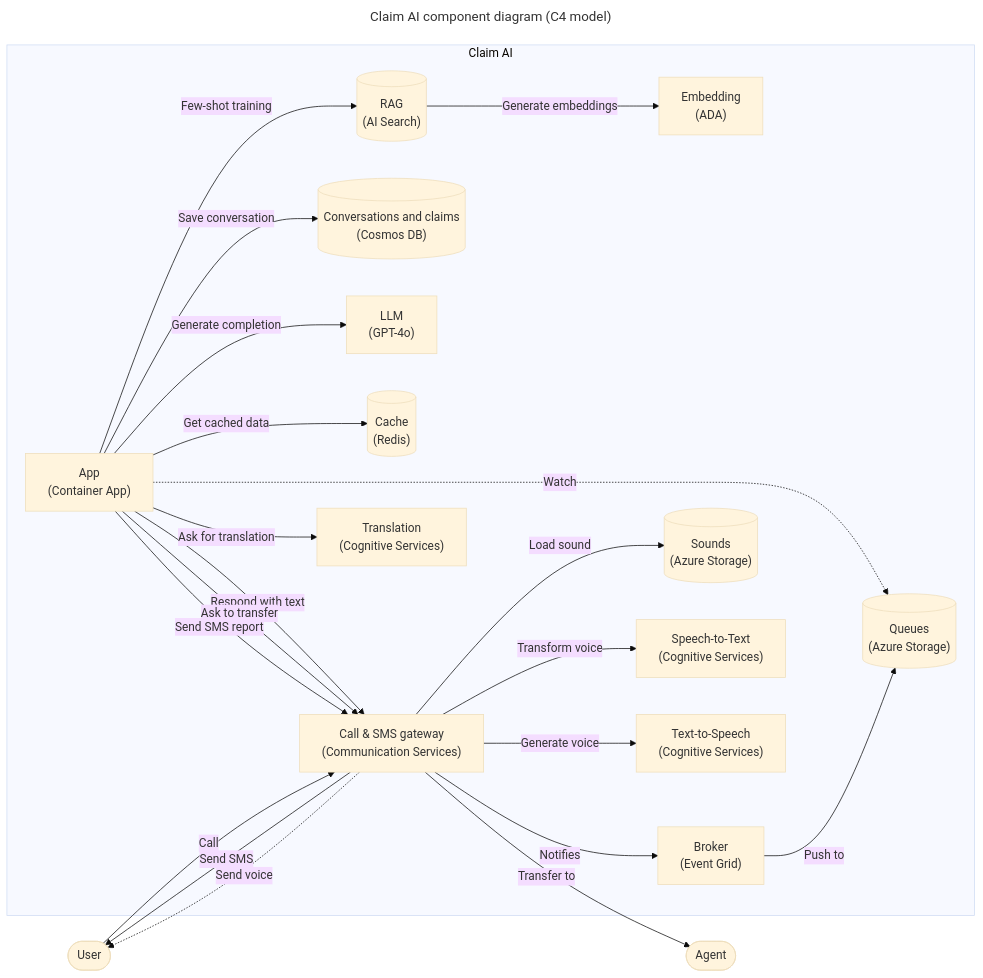
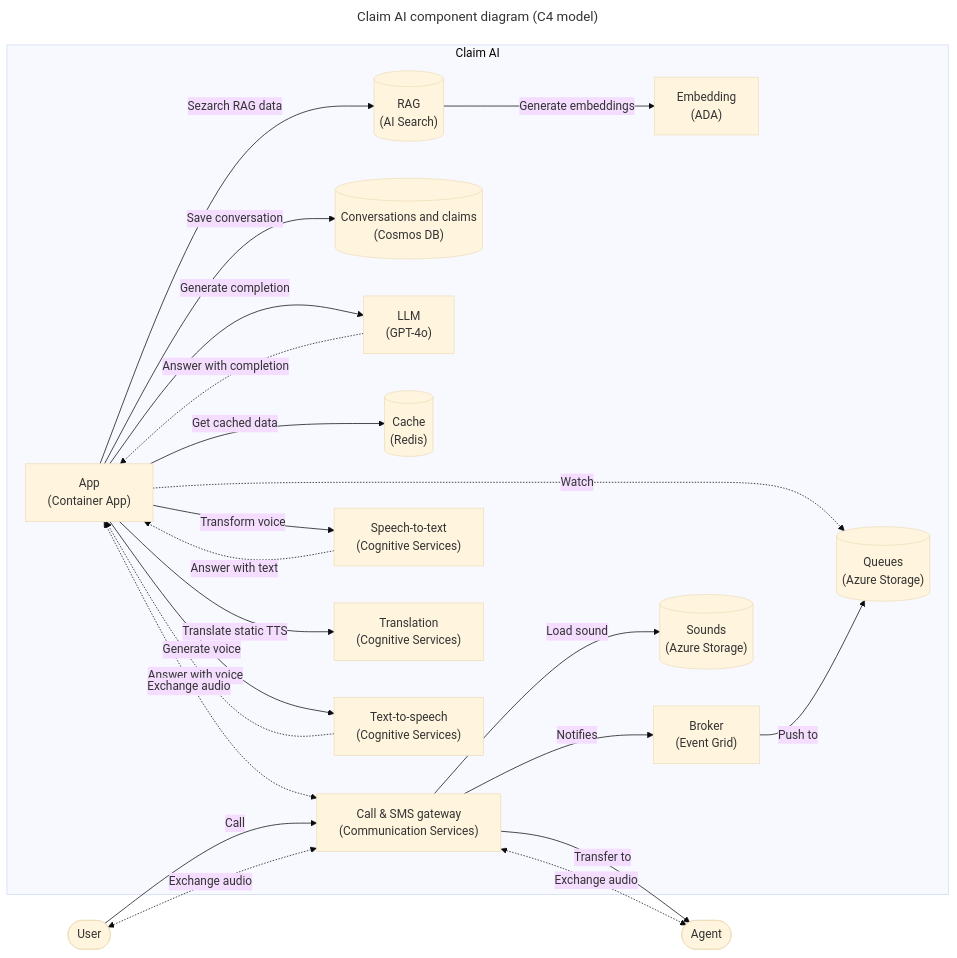
One commit to microsoft/call-center-ai changed the second of 2 diagrams in README.md. Above: the diagram before and after it, drawn with Mermaid (base theme). The commit also changed other lines of this file and 13 other files, not shown here.

Commit message:
perf: Use realtime TTS to lower answer latency

````diff
--- a/README.md
+++ b/README.md
@@ -172,48 +172,49 @@
 ```mermaid
 ---
 title: Claim AI component diagram (C4 model)
 ---
 graph LR
   agent(["Agent"])
   user(["User"])
 
   subgraph "Claim AI"
     ada["Embedding<br>(ADA)"]
     app["App<br>(Container App)"]
     communication_services["Call & SMS gateway<br>(Communication Services)"]
     db[("Conversations and claims<br>(Cosmos DB)")]
     eventgrid["Broker<br>(Event Grid)"]
     gpt["LLM<br>(GPT-4o)"]
     queues[("Queues<br>(Azure Storage)")]
     redis[("Cache<br>(Redis)")]
     search[("RAG<br>(AI Search)")]
     sounds[("Sounds<br>(Azure Storage)")]
-    sst["Speech-to-Text<br>(Cognitive Services)"]
+    sst["Speech-to-text<br>(Cognitive Services)"]
     translation["Translation<br>(Cognitive Services)"]
-    tts["Text-to-Speech<br>(Cognitive Services)"]
+    tts["Text-to-speech<br>(Cognitive Services)"]
   end
 
-  app -- Respond with text --> communication_services
-  app -- Ask for translation --> translation
-  app -- Ask to transfer --> communication_services
-  app -- Few-shot training --> search
+  app -- Translate static TTS --> translation
+  app -- Sezarch RAG data --> search
   app -- Generate completion --> gpt
+  gpt -. Answer with completion .-> app
+  app -- Generate voice --> tts
+  tts -. Answer with voice .-> app
   app -- Get cached data --> redis
   app -- Save conversation --> db
-  app -- Send SMS report --> communication_services
+  app -- Transform voice --> sst
+  sst -. Answer with text .-> app
+  app <-. Exchange audio .-> communication_services
   app -. Watch .-> queues
 
-  communication_services -- Generate voice --> tts
   communication_services -- Load sound --> sounds
   communication_services -- Notifies --> eventgrid
-  communication_services -- Send SMS --> user
   communication_services -- Transfer to --> agent
-  communication_services -- Transform voice --> sst
-  communication_services -. Send voice .-> user
+  communication_services <-. Exchange audio .-> agent
+  communication_services <-. Exchange audio .-> user
 
   eventgrid -- Push to --> queues
 
   search -- Generate embeddings --> ada
 
   user -- Call --> communication_services
 ```
````
